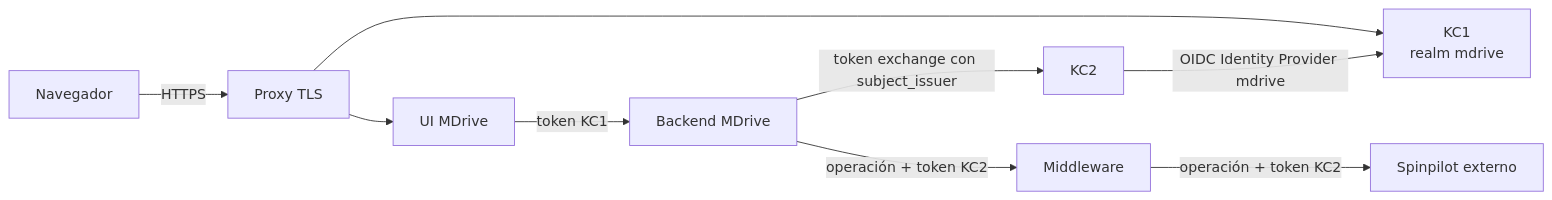
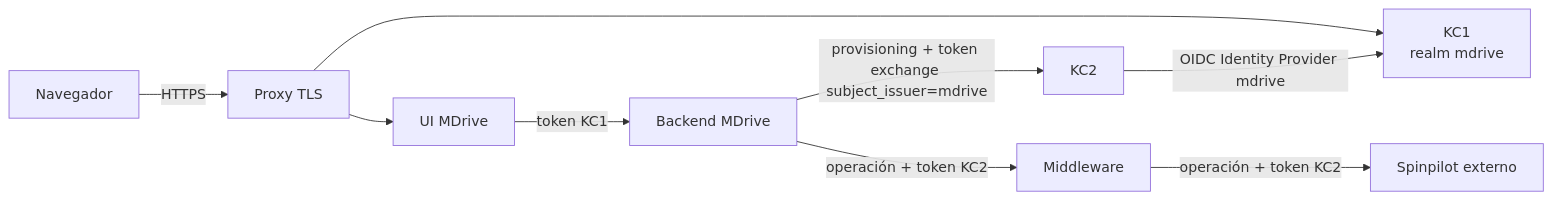
One commit to FRialMestre/git-gitlab.mestrelab.local-f.rial_rodriguez-mdrive2-poc changed the diagram in ANALYSIS.md. Above: the diagram before and after it, drawn with Mermaid. The commit also changed other lines of this file and 19 other files, not shown here.

````diff
--- a/ANALYSIS.md
+++ b/ANALYSIS.md
@@ -5,11 +5,11 @@
 ```mermaid
 flowchart LR
     U[Navegador] -->|HTTPS| P[Proxy TLS]
     P --> UI[UI MDrive]
     P --> KC1[KC1\nrealm mdrive]
     UI -->|token KC1| B[Backend MDrive]
-    B -->|token exchange con subject_issuer| KC2
+    B -->|provisioning + token exchange subject_issuer=mdrive| KC2
     KC2 -->|OIDC Identity Provider mdrive| KC1
     B -->|operación + token KC2| M[Middleware]
     M -->|operación + token KC2| S[Spinpilot externo]
 ```
````
